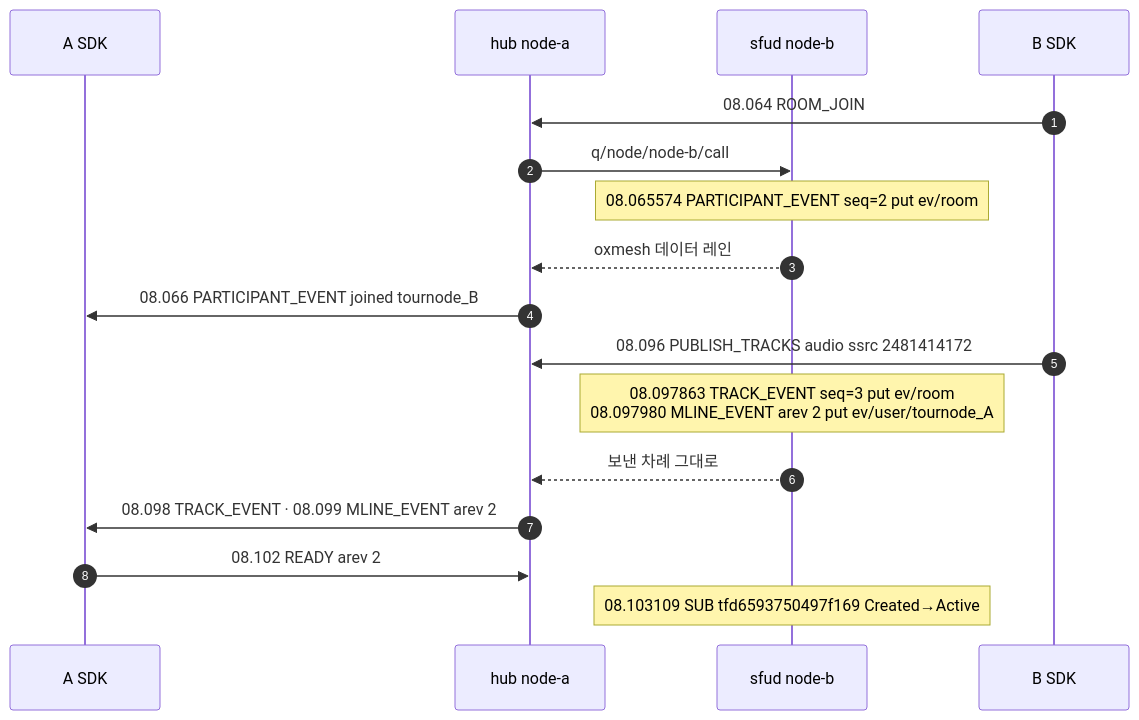
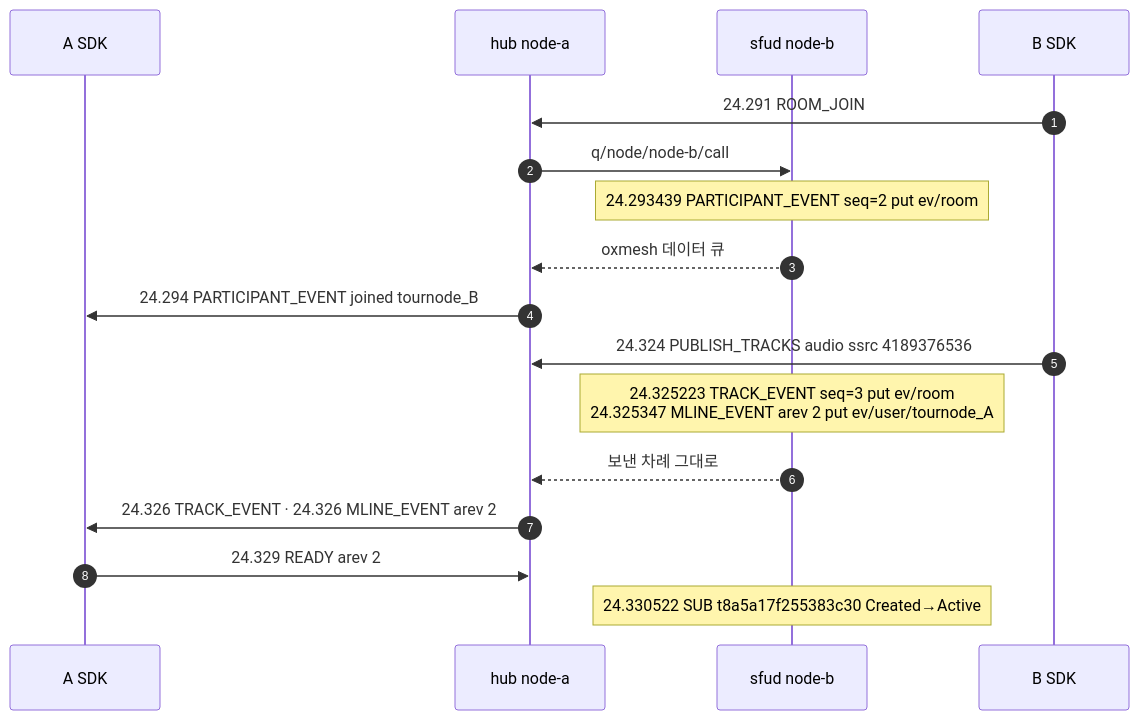
One commit to kodeholic9/oxlens-sfu changed the third of 3 diagrams in docs/learn/13_MULTI_NODE.md. Above: the diagram before and after it, drawn with Mermaid. The commit also changed other lines of this file and 19 other files, not shown here.

````diff
--- a/docs/learn/13_MULTI_NODE.md
+++ b/docs/learn/13_MULTI_NODE.md
@@ -93,19 +102,19 @@
 ```mermaid
 sequenceDiagram
   autonumber
   participant A as A SDK
   participant HA as hub node-a
   participant SB as sfud node-b
   participant B as B SDK
-  B->>HA: 08.064 ROOM_JOIN
+  B->>HA: 24.291 ROOM_JOIN
   HA->>SB: q/node/node-b/call
-  Note over SB: 08.065574 PARTICIPANT_EVENT seq=2 put ev/room
-  SB-->>HA: oxmesh 데이터 레인
-  HA->>A: 08.066 PARTICIPANT_EVENT joined tournode_B
-  B->>HA: 08.096 PUBLISH_TRACKS audio ssrc 2481414172
-  Note over SB: 08.097863 TRACK_EVENT seq=3 put ev/room<br/>08.097980 MLINE_EVENT arev 2 put ev/user/tournode_A
+  Note over SB: 24.293439 PARTICIPANT_EVENT seq=2 put ev/room
+  SB-->>HA: oxmesh 데이터 큐
+  HA->>A: 24.294 PARTICIPANT_EVENT joined tournode_B
+  B->>HA: 24.324 PUBLISH_TRACKS audio ssrc 4189376536
+  Note over SB: 24.325223 TRACK_EVENT seq=3 put ev/room<br/>24.325347 MLINE_EVENT arev 2 put ev/user/tournode_A
   SB-->>HA: 보낸 차례 그대로
-  HA->>A: 08.098 TRACK_EVENT · 08.099 MLINE_EVENT arev 2
-  A->>HA: 08.102 READY arev 2
-  Note over SB: 08.103109 SUB tfd6593750497f169 Created→Active
+  HA->>A: 24.326 TRACK_EVENT · 24.326 MLINE_EVENT arev 2
+  A->>HA: 24.329 READY arev 2
+  Note over SB: 24.330522 SUB t8a5a17f255383c30 Created→Active
 ```
````
